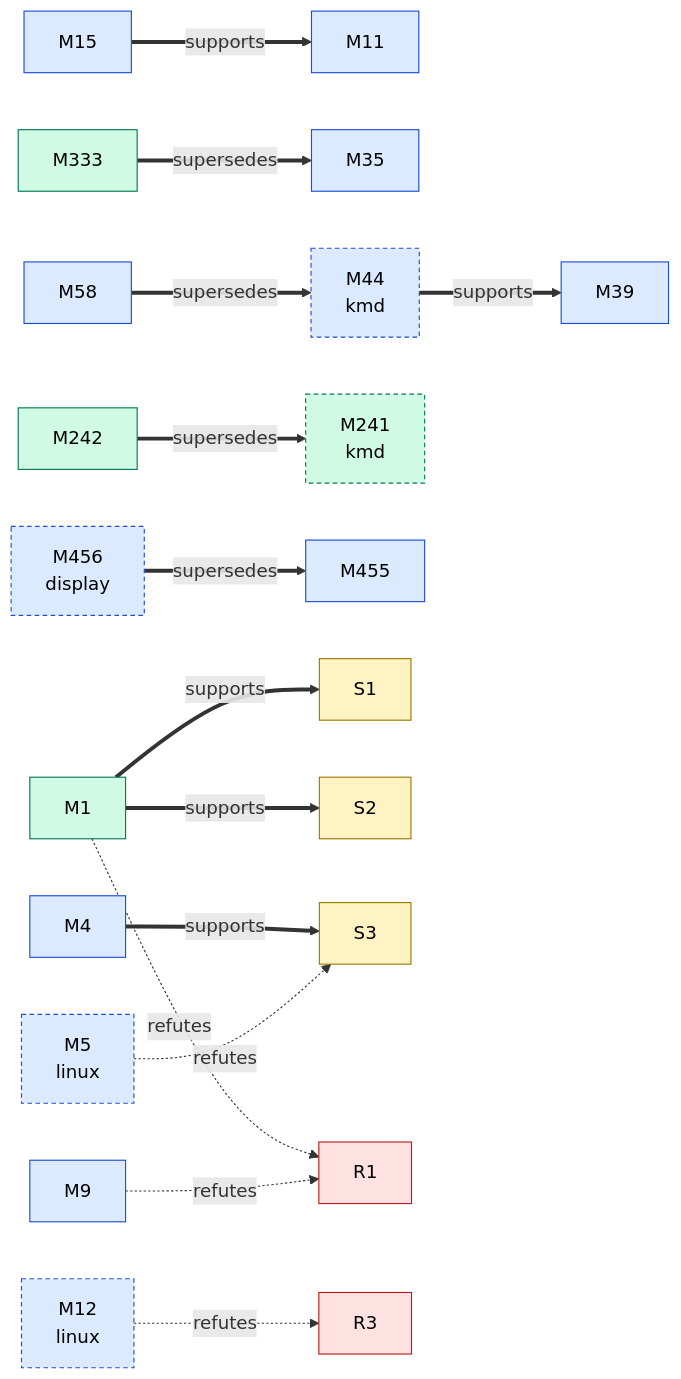
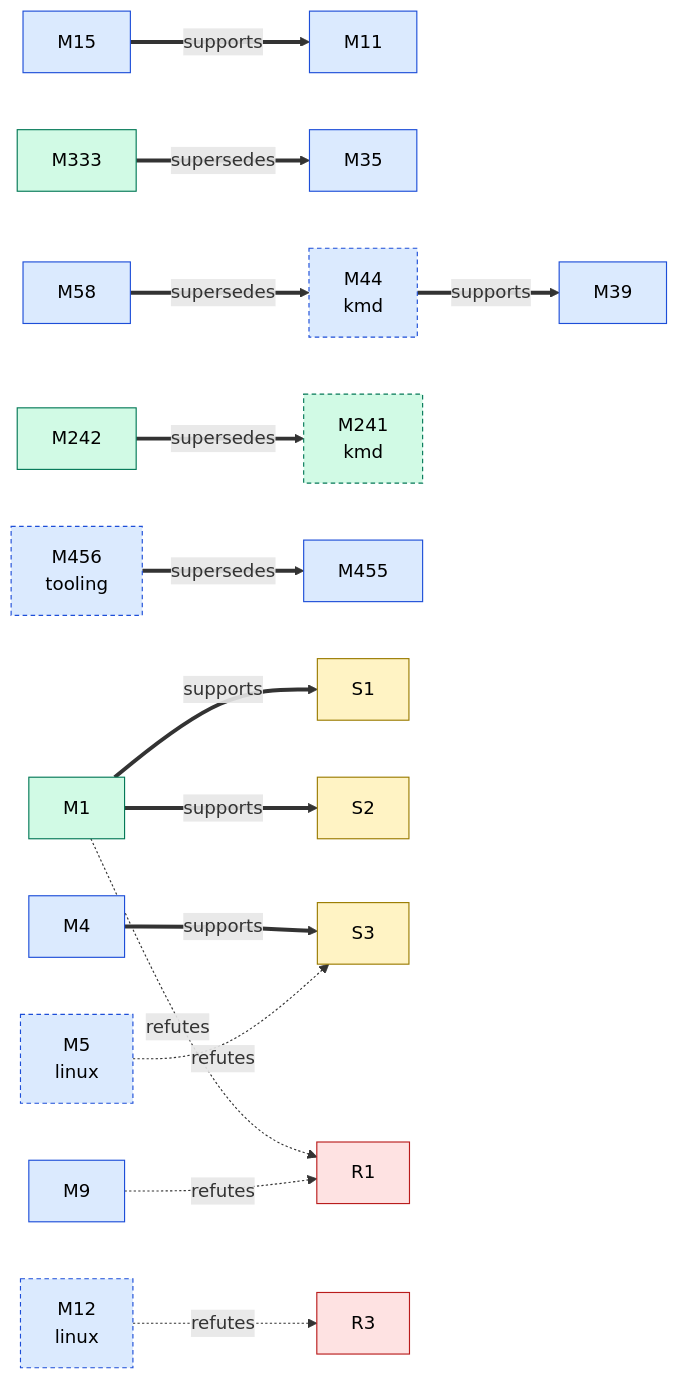
The first of 2 diagrams in docs/facts/graphs/hardware.md (D-Ogi/amdgpu-wddm), drawn with Mermaid before and after one commit. The commit also changed other lines of this file and 25 other files, not shown here.

````diff
--- a/docs/facts/graphs/hardware.md
+++ b/docs/facts/graphs/hardware.md
@@ -11,43 +11,43 @@
 ```mermaid
 flowchart LR
   M1["M1"]:::CONFIRMED
   M4["M4"]:::MEASURED
   M5["M5<br/>linux"]:::MEASURED
   M9["M9"]:::MEASURED
   M11["M11"]:::MEASURED
   M12["M12<br/>linux"]:::MEASURED
   M15["M15"]:::MEASURED
   M35["M35"]:::MEASURED
   M39["M39"]:::MEASURED
   M44["M44<br/>kmd"]:::MEASURED
   M58["M58"]:::MEASURED
   M241["M241<br/>kmd"]:::CONFIRMED
   M242["M242"]:::CONFIRMED
   M333["M333"]:::CONFIRMED
   M455["M455"]:::MEASURED
-  M456["M456<br/>display"]:::MEASURED
+  M456["M456<br/>tooling"]:::MEASURED
   S1["S1"]:::HYPOTHESIS
   S2["S2"]:::HYPOTHESIS
   S3["S3"]:::HYPOTHESIS
   R1["R1"]:::REFUTED
   R3["R3"]:::REFUTED
   M1 ==>|supports| S1
   M1 ==>|supports| S2
   M1 -.->|refutes| R1
   M4 ==>|supports| S3
   M9 -.->|refutes| R1
   M15 ==>|supports| M11
   M58 ==>|supersedes| M44
   M242 ==>|supersedes| M241
   M333 ==>|supersedes| M35
   M44 ==>|supports| M39
-  M456 ==>|supersedes| M455
   M5 -.->|refutes| S3
   M12 -.->|refutes| R3
+  M456 ==>|supersedes| M455
   classDef HYPOTHESIS fill:#fff3c4,stroke:#9a7b00,color:#000
   classDef MEASURED fill:#dbeafe,stroke:#1d4ed8,color:#000
   classDef CONFIRMED fill:#d1fae5,stroke:#047857,color:#000
   classDef REFUTED fill:#fee2e2,stroke:#b91c1c,color:#000
   classDef other stroke-dasharray:4 3
   class M5,M12,M44,M241,M456 other
 ```
````
